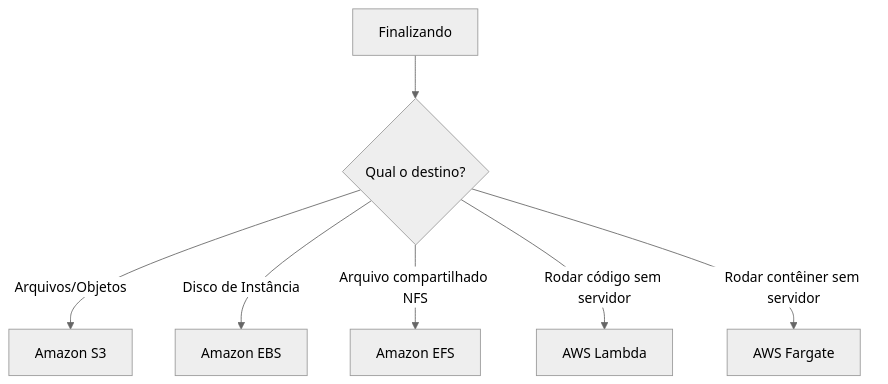
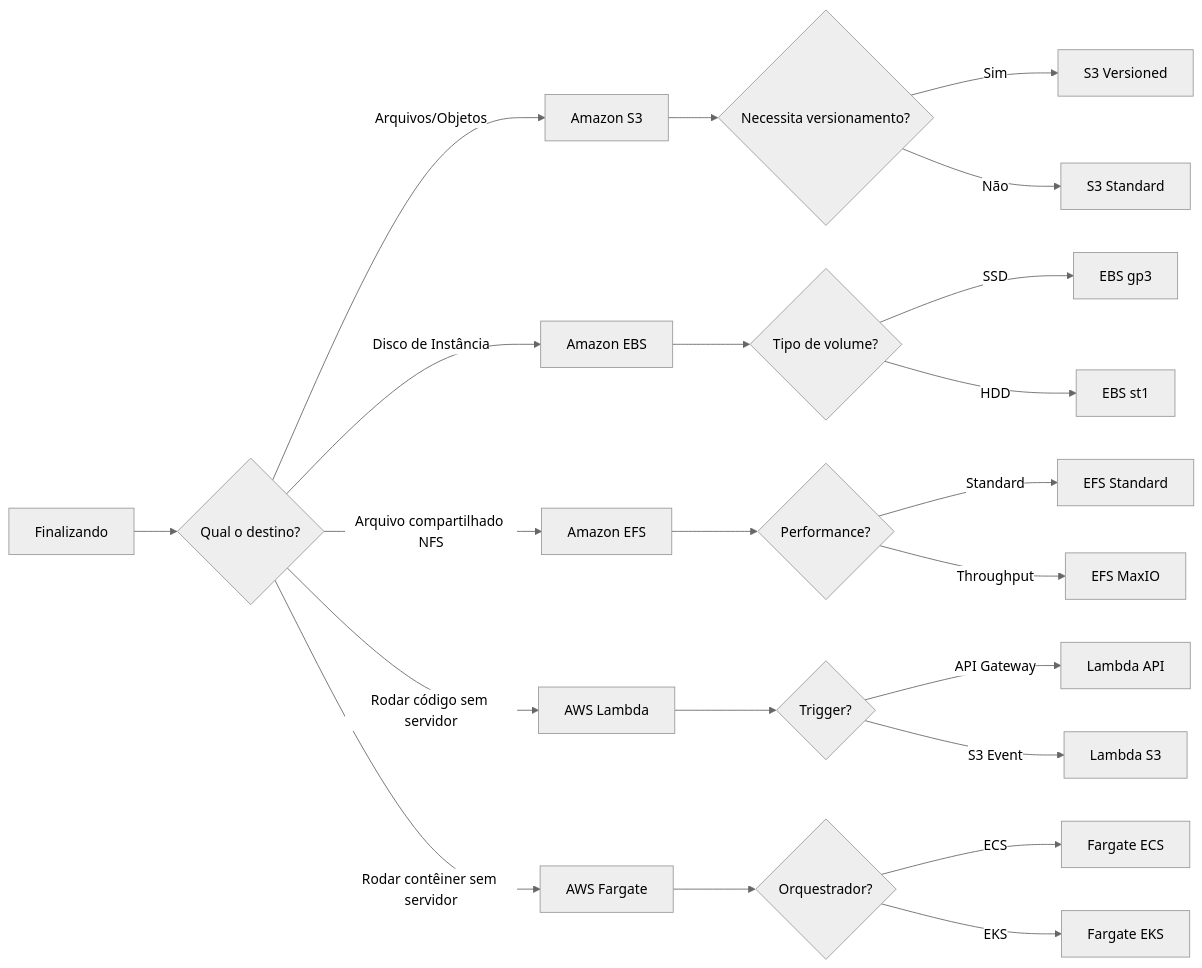
One commit to marcelooliveira/flashcards-aws changed the tenth of 10 diagrams in minimal/decision-trees-aws-services.md. Above: the diagram before and after it, drawn with Mermaid (neutral theme). The commit also changed other lines of this file and 11 other files, not shown here.

````diff
--- a/minimal/decision-trees-aws-services.md
+++ b/minimal/decision-trees-aws-services.md
@@ -128,9 +277,24 @@
 ```mermaid
-graph TD
+graph LR
     A[Finalizando] --> B{Qual o destino?}
     B -- Arquivos/Objetos --> C[Amazon S3]
+    C --> C1{Necessita versionamento?}
+    C1 -- Sim --> C2[S3 Versioned]
+    C1 -- Não --> C3[S3 Standard]
     B -- Disco de Instância --> D[Amazon EBS]
+    D --> D1{Tipo de volume?}
+    D1 -- SSD --> D2[EBS gp3]
+    D1 -- HDD --> D3[EBS st1]
     B -- Arquivo compartilhado NFS --> E[Amazon EFS]
+    E --> E1{Performance?}
+    E1 -- Standard --> E2[EFS Standard]
+    E1 -- Throughput --> E3[EFS MaxIO]
     B -- Rodar código sem servidor --> F[AWS Lambda]
+    F --> F1{Trigger?}
+    F1 -- API Gateway --> F2[Lambda API]
+    F1 -- S3 Event --> F3[Lambda S3]
     B -- Rodar contêiner sem servidor --> G[AWS Fargate]
+    G --> G1{Orquestrador?}
+    G1 -- ECS --> G2[Fargate ECS]
+    G1 -- EKS --> G3[Fargate EKS]
 ```
````
